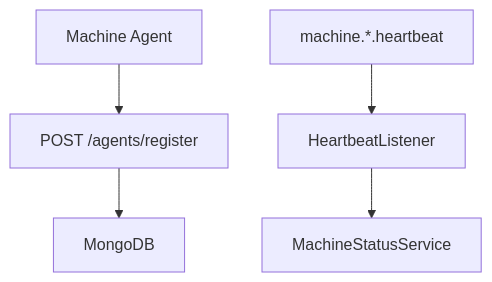
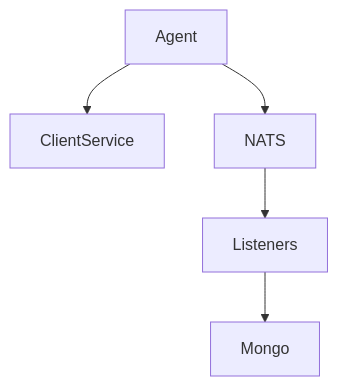
One commit to Praesto-Pro/openframe-oss-tenant changed the seventh of 12 diagrams in docs/architecture/README.md. Above: the diagram before and after it, drawn with Mermaid. The commit also changed other lines of this file and 214 other files, not shown here.

````diff
--- a/docs/architecture/README.md
+++ b/docs/architecture/README.md
@@ -277,8 +230,7 @@
 ```mermaid
 flowchart TD
-    Agent["Machine Agent"] --> Register["POST /agents/register"]
-    Register --> Mongo["MongoDB"]
-
-    NATS["machine.*.heartbeat"] --> HeartbeatListener
-    HeartbeatListener --> MachineStatusService
+    Agent --> ClientService
+    Agent --> NATS
+    NATS --> Listeners
+    Listeners --> Mongo
 ```
````
